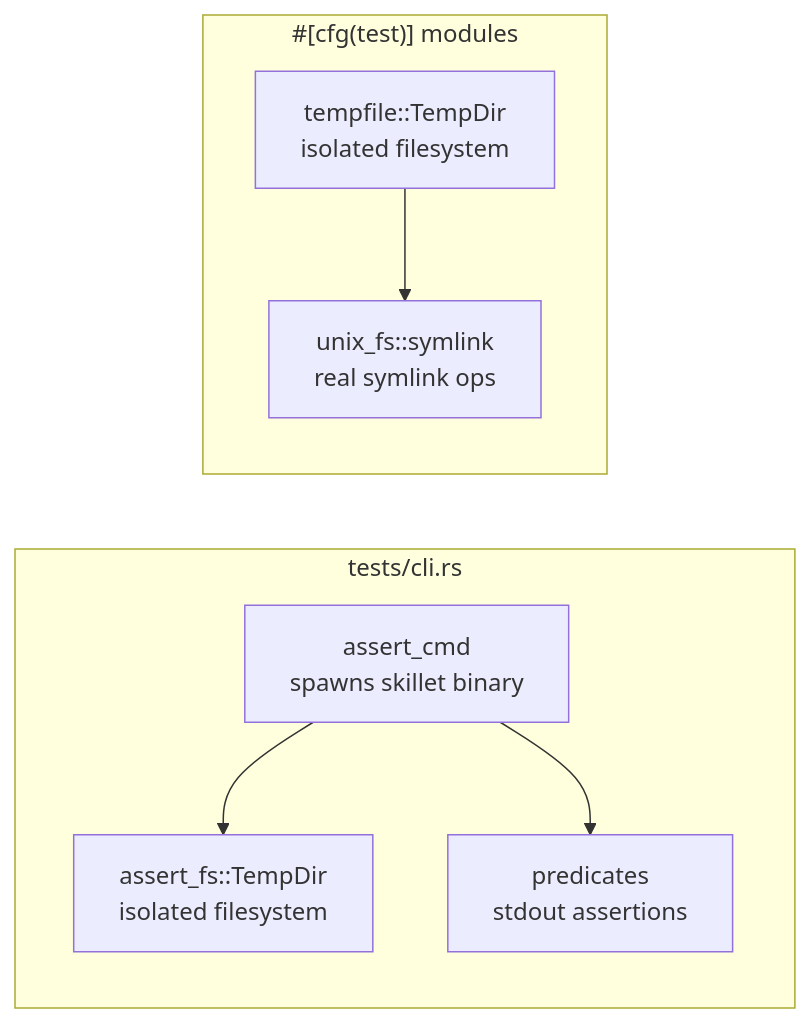
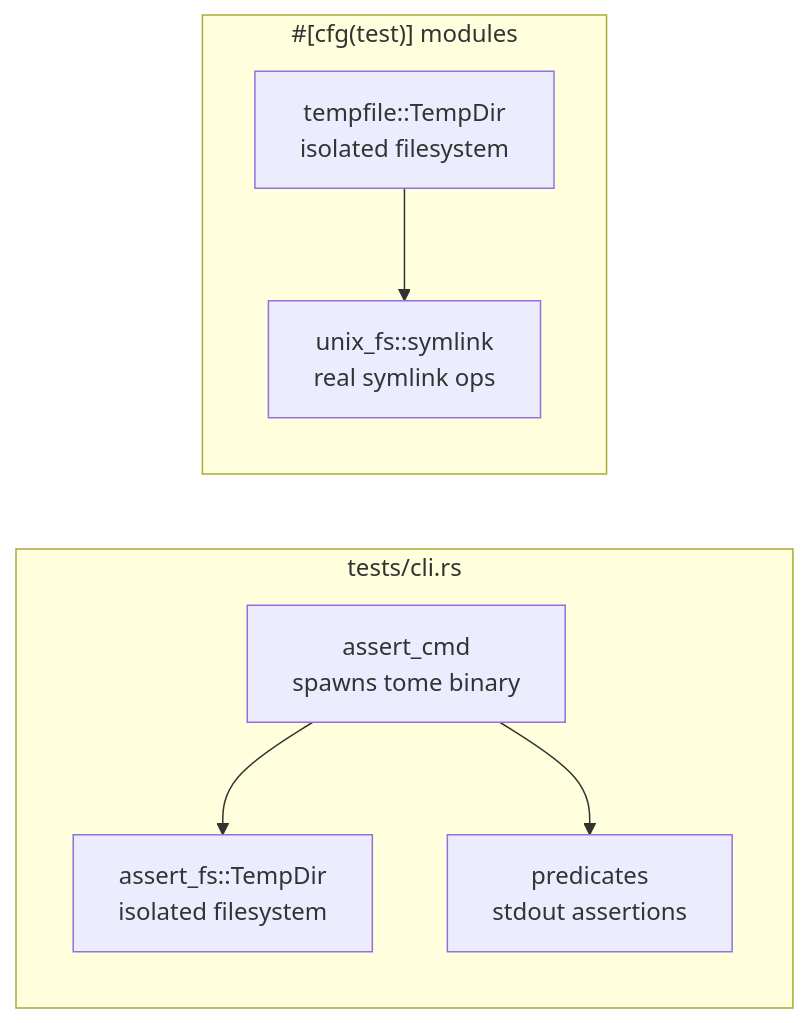
One commit to MartinP7r/tome changed the second of 5 diagrams in docs/src/test-setup.md. Above: the diagram before and after it, drawn with Mermaid. The commit also changed other lines of this file and 26 other files, not shown here.

First line of the commit message:
Rename skillet → tome across the entire codebase

````diff
--- a/docs/src/test-setup.md
+++ b/docs/src/test-setup.md
@@ -35,16 +35,16 @@
 ```mermaid
 graph LR
     subgraph Integration["tests/cli.rs"]
-        CMD["assert_cmd<br/>spawns skillet binary"]
+        CMD["assert_cmd<br/>spawns tome binary"]
         TMP["assert_fs::TempDir<br/>isolated filesystem"]
         PRED["predicates<br/>stdout assertions"]
         CMD --> TMP
         CMD --> PRED
     end
 
     subgraph Unit["#[cfg(test)] modules"]
         TEMP["tempfile::TempDir<br/>isolated filesystem"]
         SYML["unix_fs::symlink<br/>real symlink ops"]
         TEMP --> SYML
     end
 ```
````
